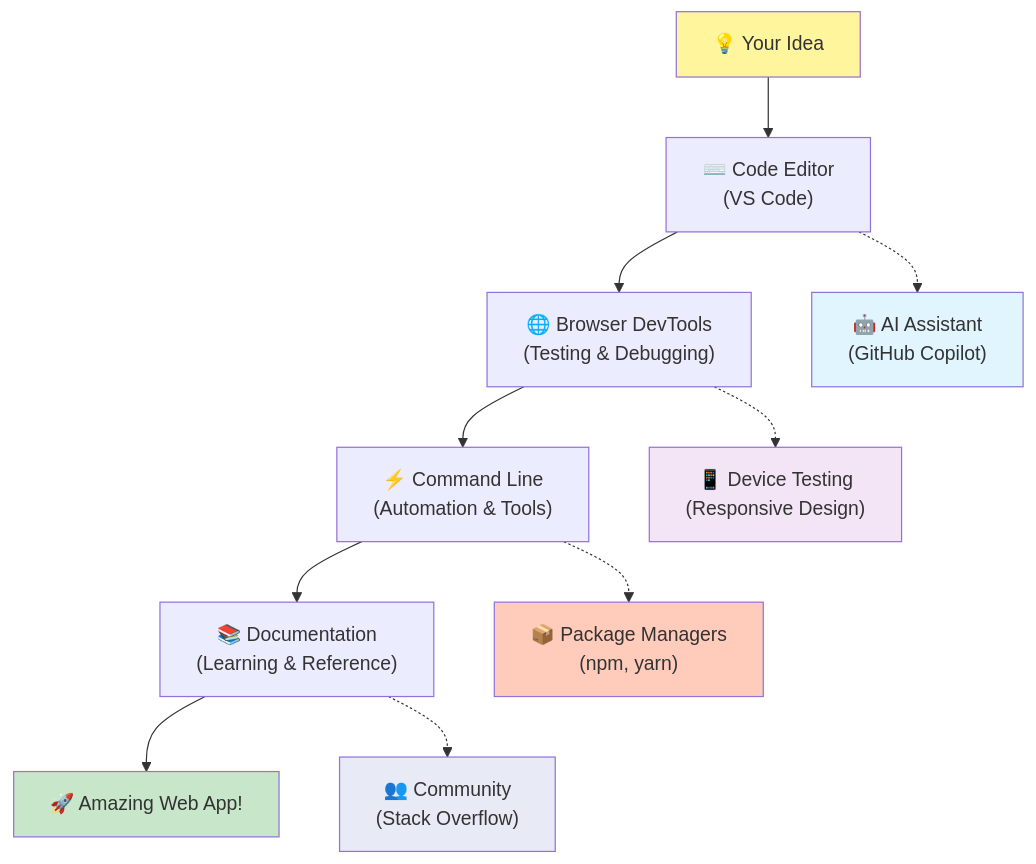
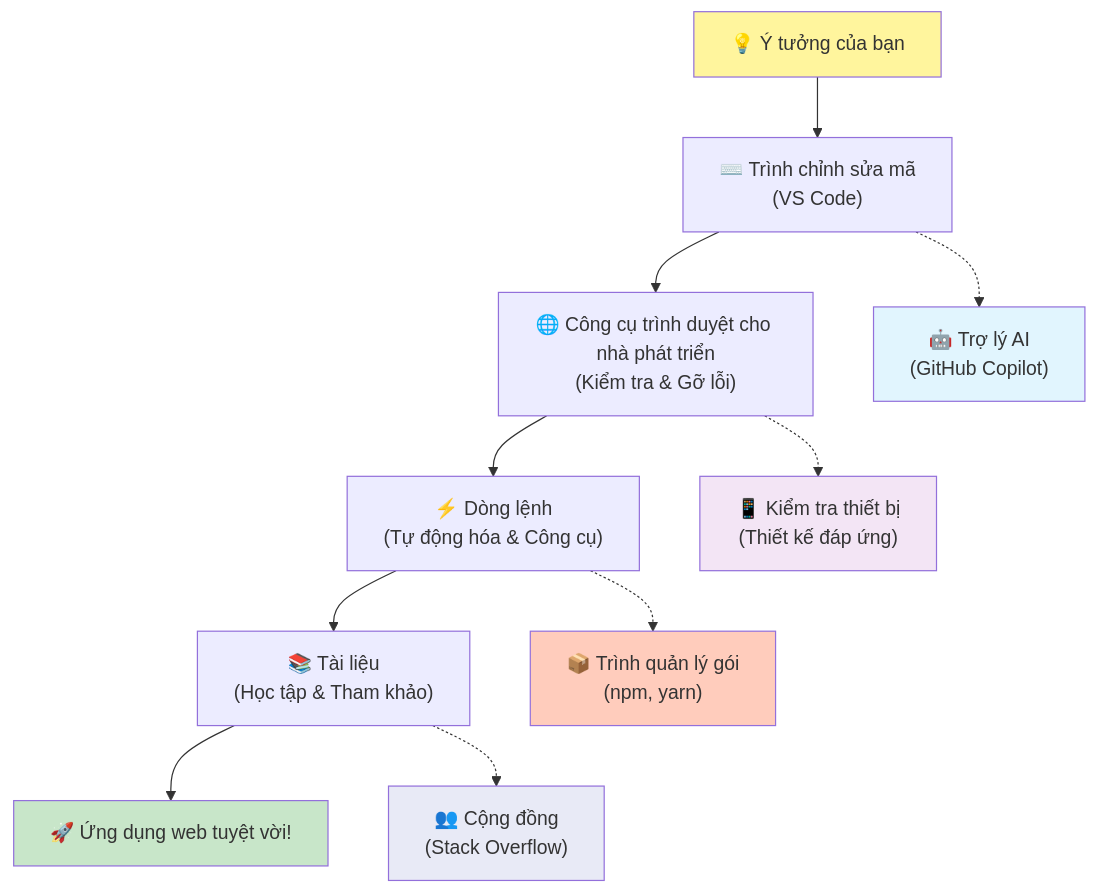
Before and after one commit to microsoft/Web-Dev-For-Beginners: the fifth of 7 diagrams in translations/vi/1-getting-started-lessons/1-intro-to-programming-languages/README.md, drawn with Mermaid. The commit also changed other lines of this file and 11 other files, not shown here.

````diff
--- a/translations/vi/1-getting-started-lessons/1-intro-to-programming-languages/README.md
+++ b/translations/vi/1-getting-started-lessons/1-intro-to-programming-languages/README.md
@@ -490,20 +487,20 @@
 ```mermaid
 graph TD
-    A["💡 Your Idea"] --> B["⌨️ Code Editor<br/>(VS Code)"] 
-    B --> C["🌐 Browser DevTools<br/>(Testing & Debugging)"]
-    C --> D["⚡ Command Line<br/>(Automation & Tools)"]
-    D --> E["📚 Documentation<br/>(Learning & Reference)"]
-    E --> F["🚀 Amazing Web App!"]
+    A["💡 Ý tưởng của bạn"] --> B["⌨️ Trình chỉnh sửa mã<br/>(VS Code)"] 
+    B --> C["🌐 Công cụ trình duyệt cho nhà phát triển<br/>(Kiểm tra & Gỡ lỗi)"]
+    C --> D["⚡ Dòng lệnh<br/>(Tự động hóa & Công cụ)"]
+    D --> E["📚 Tài liệu<br/>(Học tập & Tham khảo)"]
+    E --> F["🚀 Ứng dụng web tuyệt vời!"]
     
-    B -.-> G["🤖 AI Assistant<br/>(GitHub Copilot)"]
-    C -.-> H["📱 Device Testing<br/>(Responsive Design)"]
-    D -.-> I["📦 Package Managers<br/>(npm, yarn)"]
-    E -.-> J["👥 Community<br/>(Stack Overflow)"]
+    B -.-> G["🤖 Trợ lý AI<br/>(GitHub Copilot)"]
+    C -.-> H["📱 Kiểm tra thiết bị<br/>(Thiết kế đáp ứng)"]
+    D -.-> I["📦 Trình quản lý gói<br/>(npm, yarn)"]
+    E -.-> J["👥 Cộng đồng<br/>(Stack Overflow)"]
     
     style A fill:#fff59d
     style F fill:#c8e6c9
     style G fill:#e1f5fe
     style H fill:#f3e5f5
     style I fill:#ffccbc
     style J fill:#e8eaf6
-```
+```  
````
